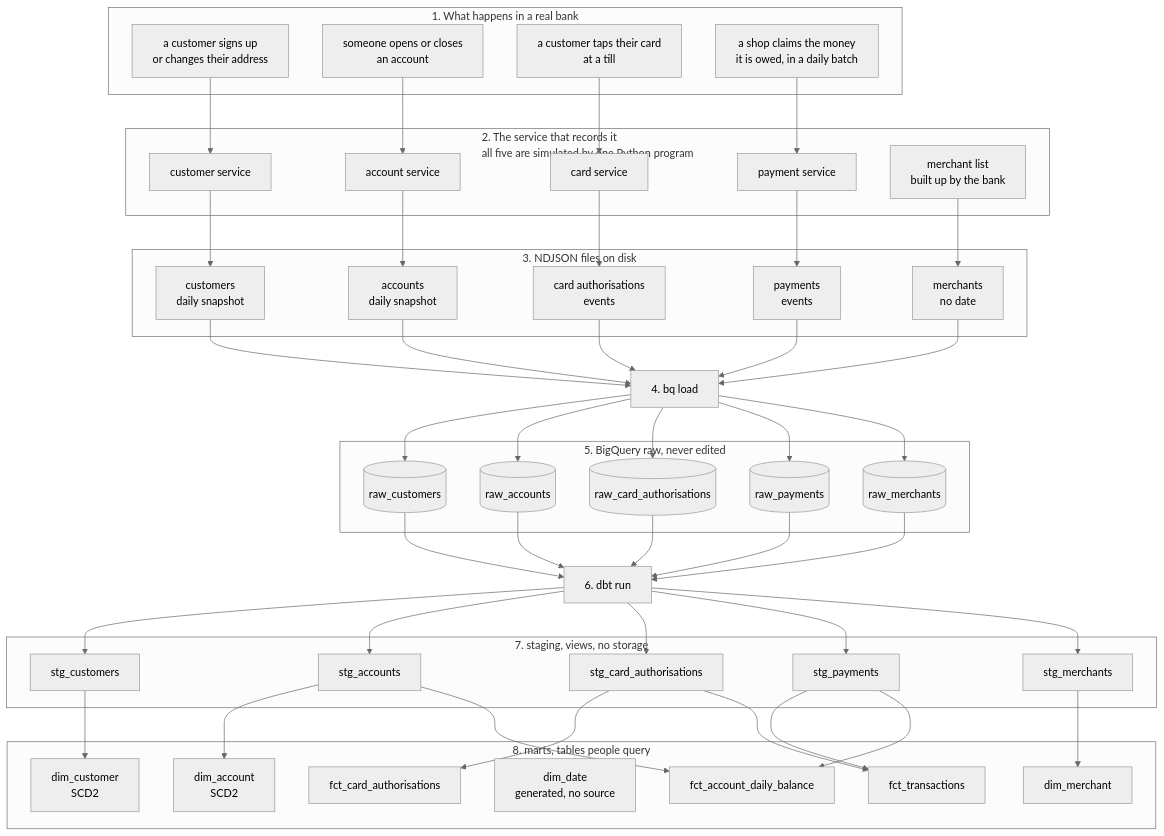
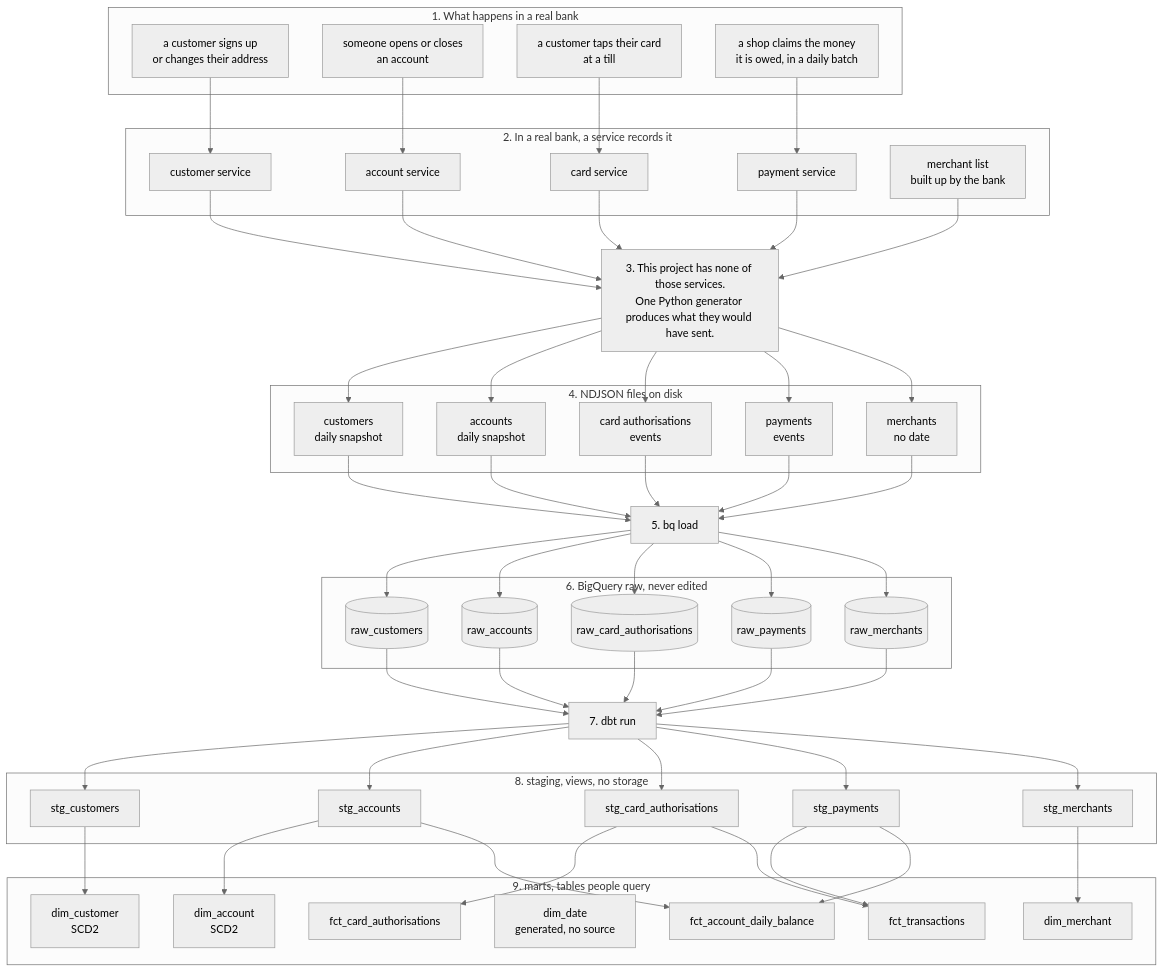
Before and after one commit to faithcodes-lab/neobank-warehouse: the first of 2 diagrams in docs/architecture.md, drawn with Mermaid (neutral theme). The commit also changed other lines of this file, not shown here.

Commit message:
put the generator back as its own step

````diff
--- a/docs/architecture.md
+++ b/docs/architecture.md
@@ -17,81 +17,80 @@
 ```mermaid
 flowchart TD
     subgraph world["1. What happens in a real bank"]
         w1["a customer signs up<br/>or changes their address"]
         w2["someone opens or closes<br/>an account"]
         w3["a customer taps their card<br/>at a till"]
         w4["a shop claims the money<br/>it is owed, in a daily batch"]
     end
 
-    subgraph svc["2. The service that records it<br/>all five are simulated by one Python program"]
+    subgraph svc["2. In a real bank, a service records it"]
         c1["customer service"]
         c2["account service"]
         c3["card service"]
         c4["payment service"]
         c5["merchant list<br/>built up by the bank"]
     end
 
-    subgraph files["3. NDJSON files on disk"]
+    gen["3. This project has none of those services.<br/>One Python generator produces what they would have sent."]
+
+    subgraph files["4. NDJSON files on disk"]
         f1["customers<br/>daily snapshot"]
         f2["accounts<br/>daily snapshot"]
         f3["card authorisations<br/>events"]
         f4["payments<br/>events"]
         f5["merchants<br/>no date"]
     end
 
-    load["4. bq load"]
+    load["5. bq load"]
 
-    subgraph raw["5. BigQuery raw, never edited"]
+    subgraph raw["6. BigQuery raw, never edited"]
         r1[("raw_customers")]
         r2[("raw_accounts")]
         r3[("raw_card_authorisations")]
         r4[("raw_payments")]
         r5[("raw_merchants")]
     end
 
-    dbtrun["6. dbt run"]
+    dbtrun["7. dbt run"]
 
-    subgraph staging["7. staging, views, no storage"]
+    subgraph staging["8. staging, views, no storage"]
         g1["stg_customers"]
         g2["stg_accounts"]
         g3["stg_card_authorisations"]
         g4["stg_payments"]
         g5["stg_merchants"]
     end
 
-    subgraph marts["8. marts, tables people query"]
+    subgraph marts["9. marts, tables people query"]
         d1["dim_customer<br/>SCD2"]
         d2["dim_account<br/>SCD2"]
         d3["dim_merchant"]
         d4["dim_date<br/>generated, no source"]
         t1["fct_card_authorisations"]
         t2["fct_transactions"]
         t3["fct_account_daily_balance"]
     end
 
     w1 --> c1
     w2 --> c2
     w3 --> c3
     w4 --> c4
 
-    c1 --> f1
-    c2 --> f2
-    c3 --> f3
-    c4 --> f4
-    c5 --> f5
+    c1 & c2 & c3 & c4 & c5 --> gen
+    gen --> f1 & f2 & f3 & f4 & f5
 
     f1 & f2 & f3 & f4 & f5 --> load
     load --> r1 & r2 & r3 & r4 & r5
     r1 & r2 & r3 & r4 & r5 --> dbtrun
 
     dbtrun --> g1 & g2 & g3 & g4 & g5
 
     g1 --> d1
     g2 --> d2
     g5 --> d3
     g3 --> t1
     g3 --> t2
     g4 --> t2
     g2 --> t3
     g4 --> t3
 ```
````
